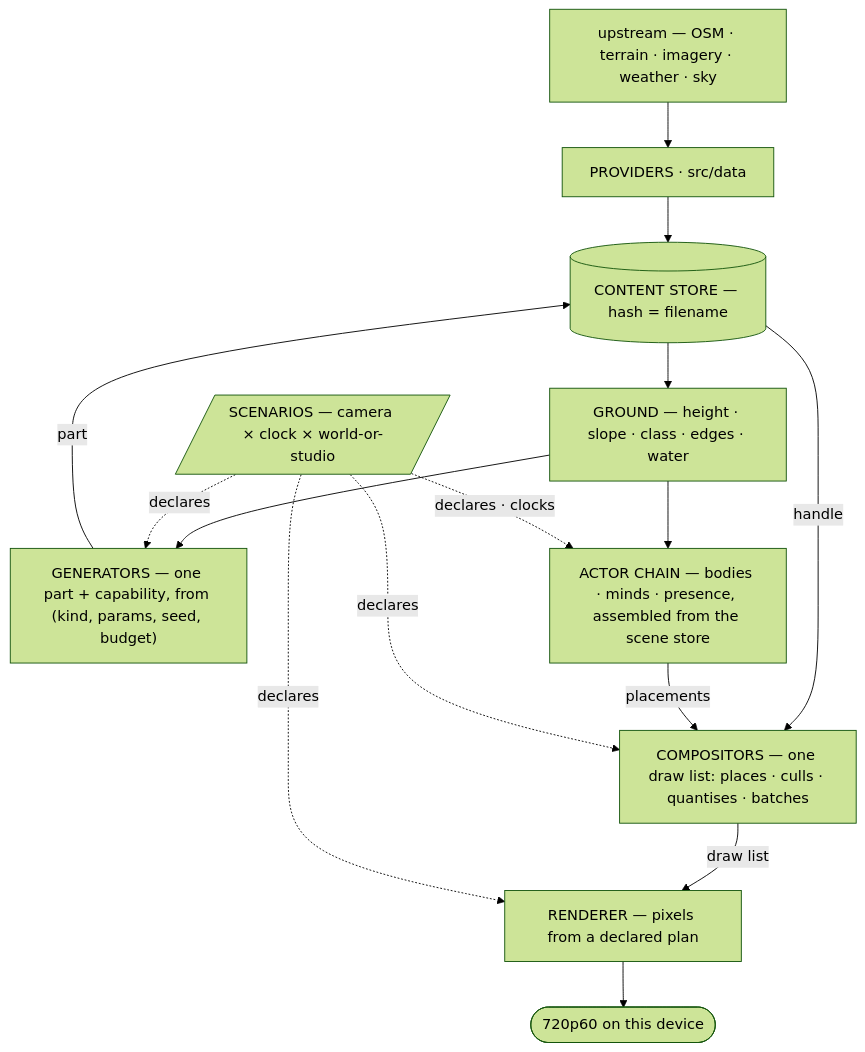
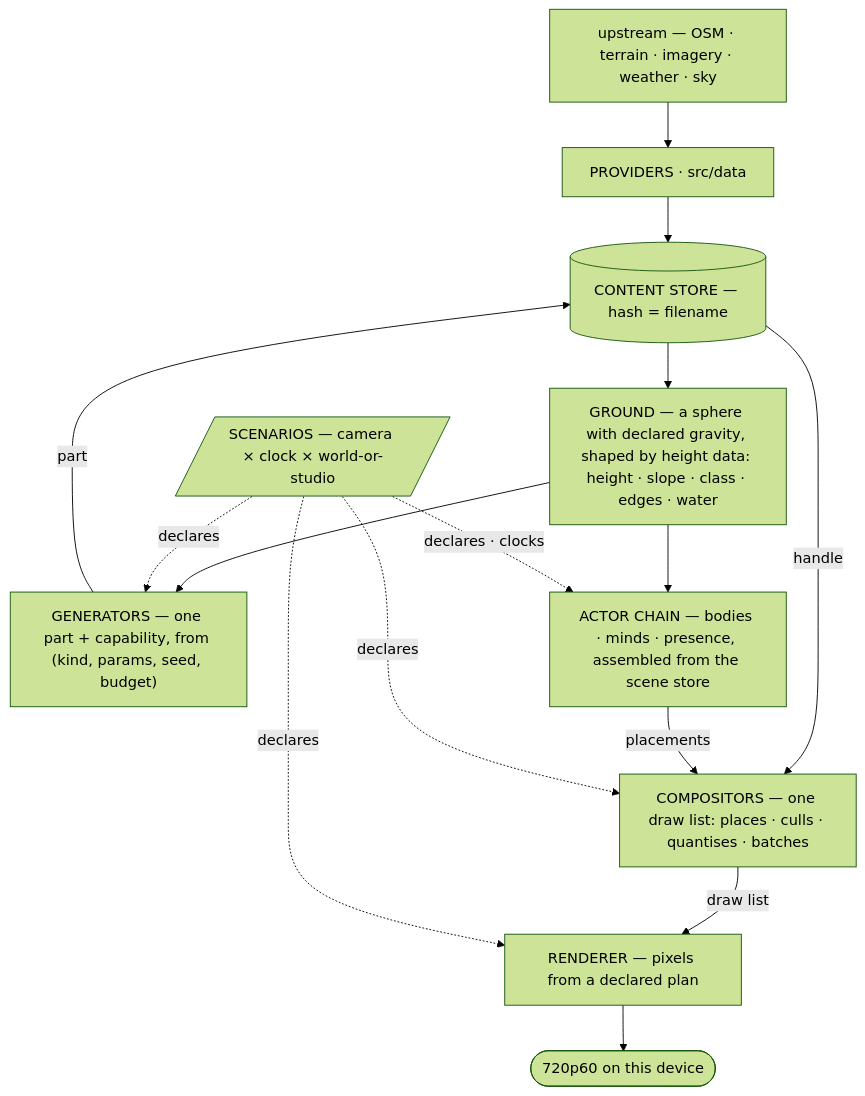
One commit to Weichwolf/outshine changed the first of 11 diagrams in CLAUDE.md. Above: the diagram before and after it, drawn with Mermaid (forest theme). The commit also changed other lines of this file and 1 other file, not shown here.

First line of the commit message:
board:1611 the engine knows no Earth -- the world is a declared sphere, and the audit names every Earth constant

````diff
--- a/CLAUDE.md
+++ b/CLAUDE.md
@@ -22,20 +22,20 @@
 ```mermaid
 flowchart TD
   upstream["upstream — OSM · terrain · imagery · weather · sky"]
   providers["PROVIDERS · src/data"]
   store[("CONTENT STORE — hash = filename")]
-  field["GROUND — height · slope · class · edges · water"]
+  field["GROUND — a sphere with declared gravity, shaped by height data: height · slope · class · edges · water"]
   gen["GENERATORS — one part + capability, from (kind, params, seed, budget)"]
   comp["COMPOSITORS — one draw list: places · culls · quantises · batches"]
   rend["RENDERER — pixels from a declared plan"]
   frame(["720p60 on this device"])
   scen[/"SCENARIOS — camera × clock × world-or-studio"/]
 
   actors["ACTOR CHAIN — bodies · minds · presence, assembled from the scene store"]
 
   upstream --> providers --> store --> field --> gen
   gen -->|part| store -->|handle| comp -->|draw list| rend --> frame
   field --> actors -->|placements| comp
   scen -.->|declares| gen & comp & rend
   scen -.->|declares · clocks| actors
 ```
````
